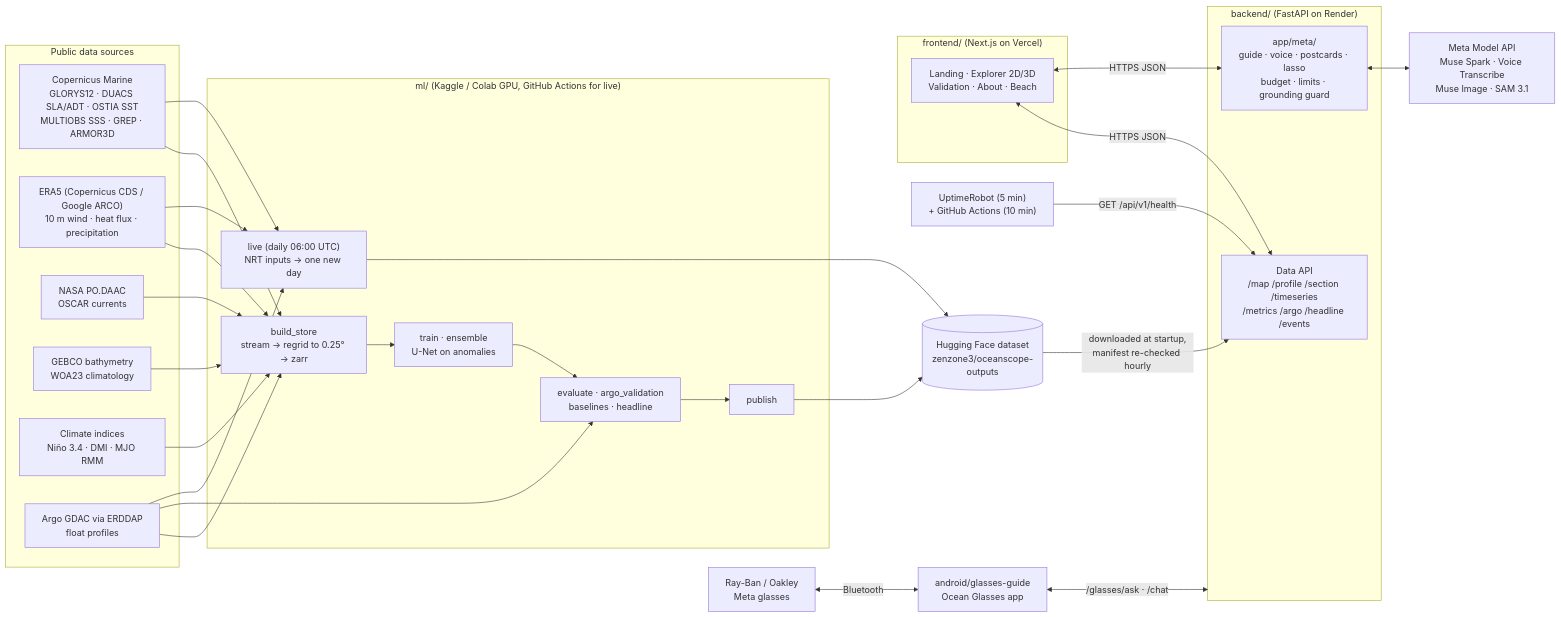
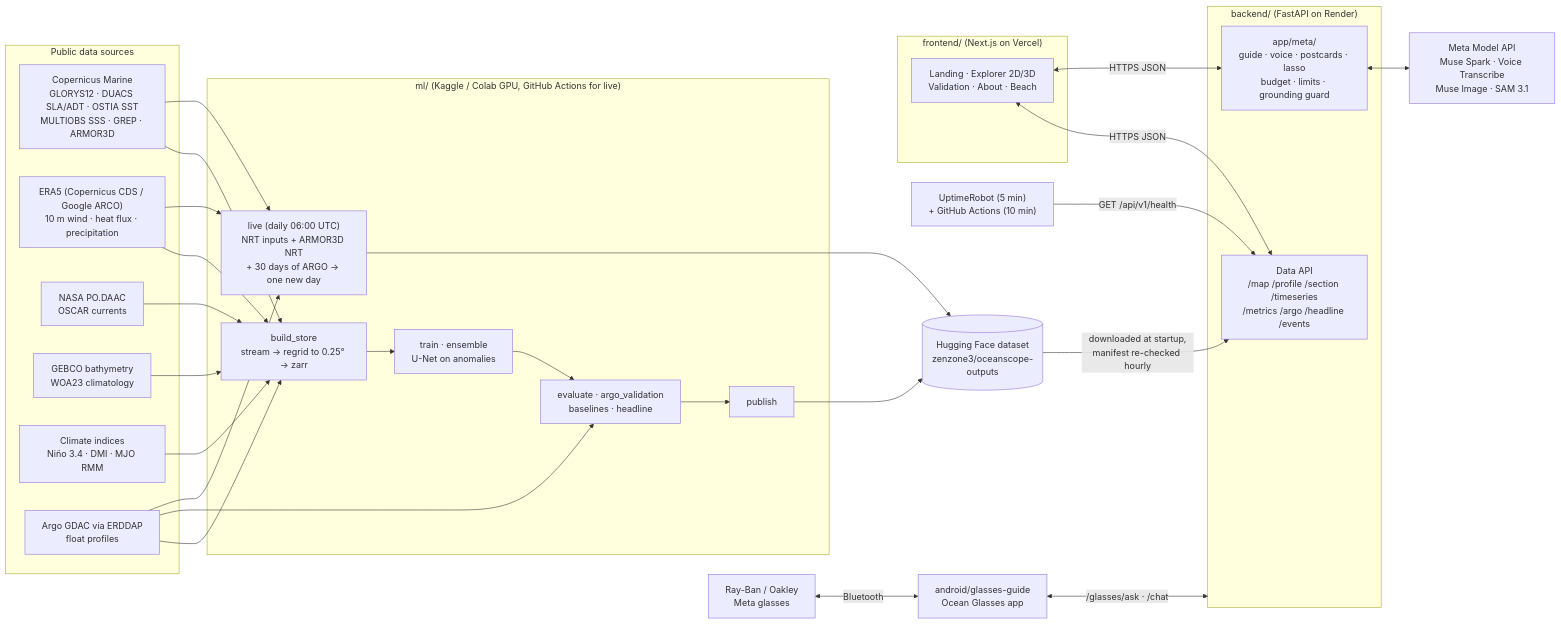
One commit to aryanchettripkt-eng/Ocean-Embed changed the diagram in README.md. Above: the diagram before and after it, drawn with Mermaid. The commit also changed other lines of this file and 1 other file, not shown here.

````diff
--- a/README.md
+++ b/README.md
@@ -89,56 +117,56 @@
 ```mermaid
 flowchart LR
   subgraph Sources["Public data sources"]
     CM["Copernicus Marine<br/>GLORYS12 · DUACS SLA/ADT · OSTIA SST<br/>MULTIOBS SSS · GREP · ARMOR3D"]
     ERA["ERA5 (Copernicus CDS / Google ARCO)<br/>10 m wind · heat flux · precipitation"]
     NASA["NASA PO.DAAC<br/>OSCAR currents"]
     STATIC["GEBCO bathymetry<br/>WOA23 climatology"]
     IDX["Climate indices<br/>Niño 3.4 · DMI · MJO RMM"]
     ARGO["Argo GDAC via ERDDAP<br/>float profiles"]
   end
 
   subgraph ML["ml/ (Kaggle / Colab GPU, GitHub Actions for live)"]
     BUILD["build_store<br/>stream → regrid to 0.25° → zarr"]
     TRAIN["train · ensemble<br/>U-Net on anomalies"]
     EVAL["evaluate · argo_validation<br/>baselines · headline"]
     PUB["publish"]
-    LIVE["live (daily 06:00 UTC)<br/>NRT inputs → one new day"]
+    LIVE["live (daily 06:00 UTC)<br/>NRT inputs + ARMOR3D NRT<br/>+ 30 days of ARGO → one new day"]
   end
 
   HF[("Hugging Face dataset<br/>zenzone3/oceanscope-outputs")]
 
   subgraph BE["backend/ (FastAPI on Render)"]
     API["Data API<br/>/map /profile /section /timeseries<br/>/metrics /argo /headline /events"]
     META["app/meta/<br/>guide · voice · postcards · lasso<br/>budget · limits · grounding guard"]
   end
 
   MAPI["Meta Model API<br/>Muse Spark · Voice Transcribe<br/>Muse Image · SAM 3.1"]
 
   subgraph FE["frontend/ (Next.js on Vercel)"]
     SITE["Landing · Explorer 2D/3D<br/>Validation · About · Beach"]
   end
 
   APP["android/glasses-guide<br/>Ocean Glasses app"]
   GLASSES["Ray-Ban / Oakley<br/>Meta glasses"]
   UP["UptimeRobot (5 min)<br/>+ GitHub Actions (10 min)"]
 
   CM --> BUILD
   ERA --> BUILD
   NASA --> BUILD
   STATIC --> BUILD
   IDX --> BUILD
   ARGO --> BUILD
   ARGO --> EVAL
   BUILD --> TRAIN --> EVAL --> PUB --> HF
   CM --> LIVE
   ERA --> LIVE
   ARGO --> LIVE
   LIVE --> HF
   HF -->|downloaded at startup,<br/>manifest re-checked hourly| API
   META <--> MAPI
   SITE <-->|HTTPS JSON| API
   SITE <-->|HTTPS JSON| META
   GLASSES <-->|Bluetooth| APP
   APP <-->|/glasses/ask · /chat| BE
   UP -->|GET /api/v1/health| API
 ```
````
